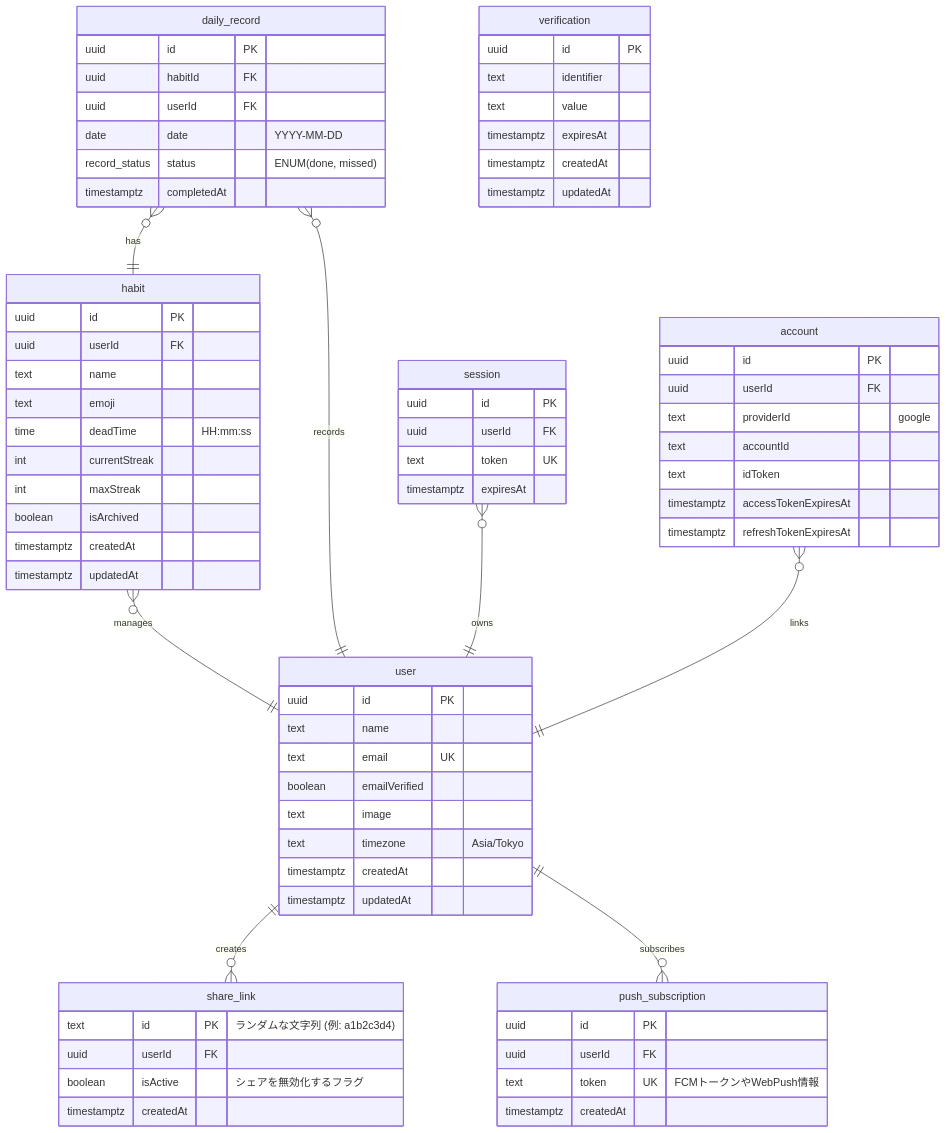
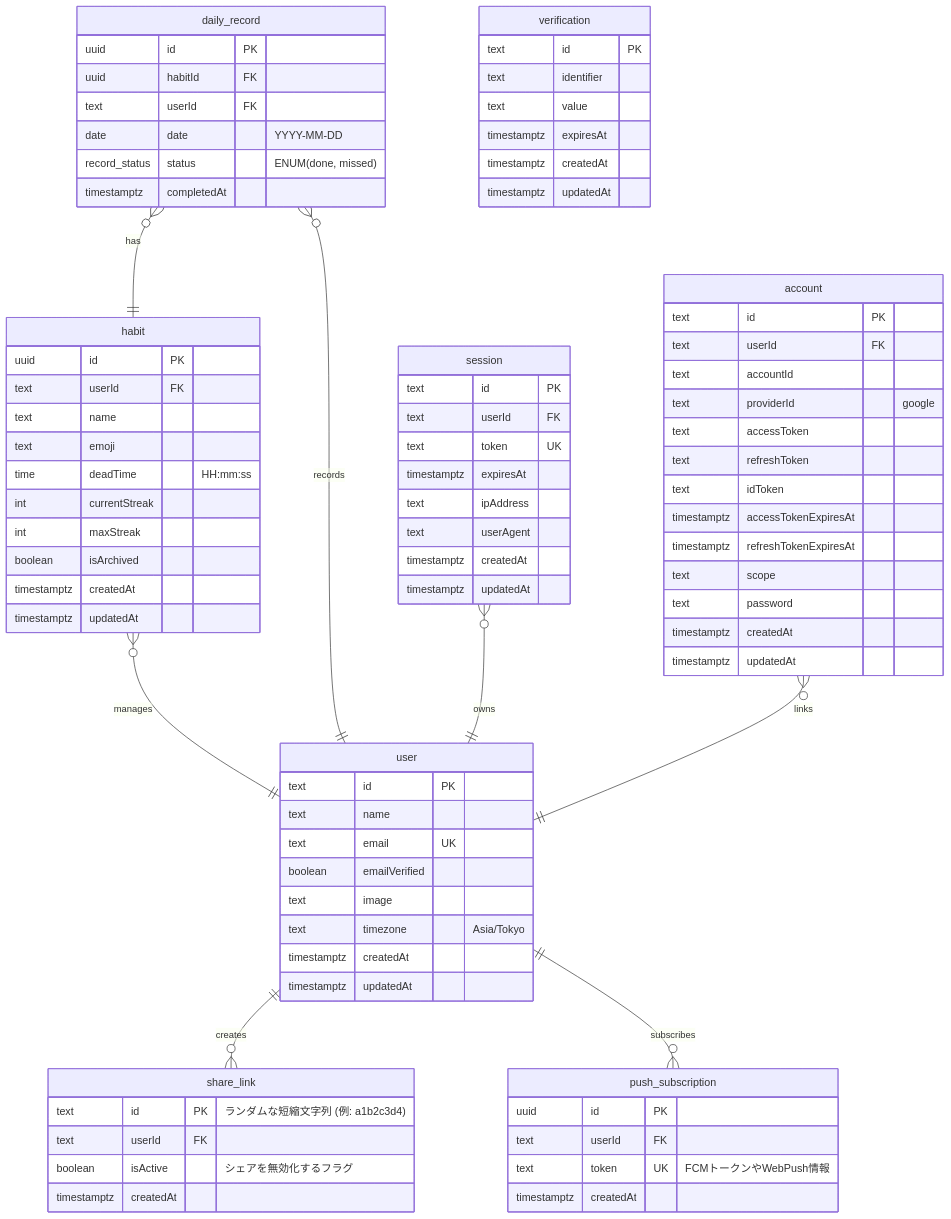
Before and after one commit to devegoma/dailygreen: the diagram in docs/db.md, drawn with Mermaid. The commit also changed other lines of this file, not shown here.

````diff
--- a/docs/db.md
+++ b/docs/db.md
@@ -20,15 +20,16 @@
     daily_record {
         uuid id PK
         uuid habitId FK
-        uuid userId FK
+        text userId FK
         date date "YYYY-MM-DD"
         record_status status "ENUM(done, missed)"
         timestamptz completedAt
+        %% UK: habitId と date の複合ユニーク制約（同一日の二重登録防止）
     }
 
     habit {
         uuid id PK
-        uuid userId FK
+        text userId FK
         text name
         text emoji
         time deadTime "HH:mm:ss"
@@ -40,7 +41,7 @@
     }
 
     user {
-        uuid id PK
+        text id PK
         text name
         text email UK
         boolean emailVerified
@@ -51,24 +52,34 @@
     }
 
     session {
-        uuid id PK
-        uuid userId FK
+        text id PK
+        text userId FK
         text token UK
         timestamptz expiresAt
+        text ipAddress
+        text userAgent
+        timestamptz createdAt
+        timestamptz updatedAt
     }
 
     account {
-        uuid id PK
-        uuid userId FK
+        text id PK
+        text userId FK
+        text accountId
         text providerId "google"
-        text accountId
+        text accessToken
+        text refreshToken
         text idToken
         timestamptz accessTokenExpiresAt
         timestamptz refreshTokenExpiresAt
+        text scope
+        text password
+        timestamptz createdAt
+        timestamptz updatedAt
     }
 
     verification {
-        uuid id PK
+        text id PK
         text identifier
         text value
         timestamptz expiresAt
@@ -77,16 +88,17 @@
     }
 
     share_link {
-        text id PK "ランダムな文字列 (例: a1b2c3d4)"
-        uuid userId FK
+        text id PK "ランダムな短縮文字列 (例: a1b2c3d4)"
+        text userId FK
         boolean isActive "シェアを無効化するフラグ"
         timestamptz createdAt
     }
 
     push_subscription {
         uuid id PK
-        uuid userId FK
+        text userId FK
         text token UK "FCMトークンやWebPush情報"
         timestamptz createdAt
     }
+
 ```
````
